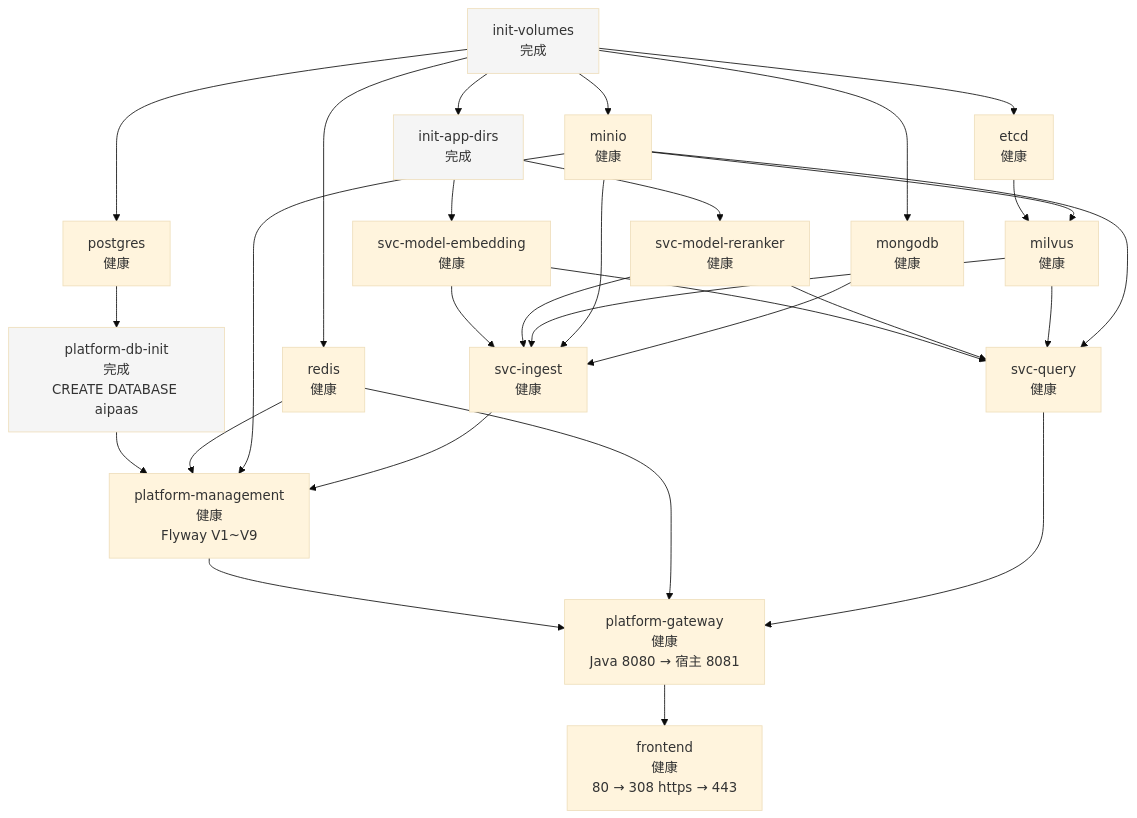
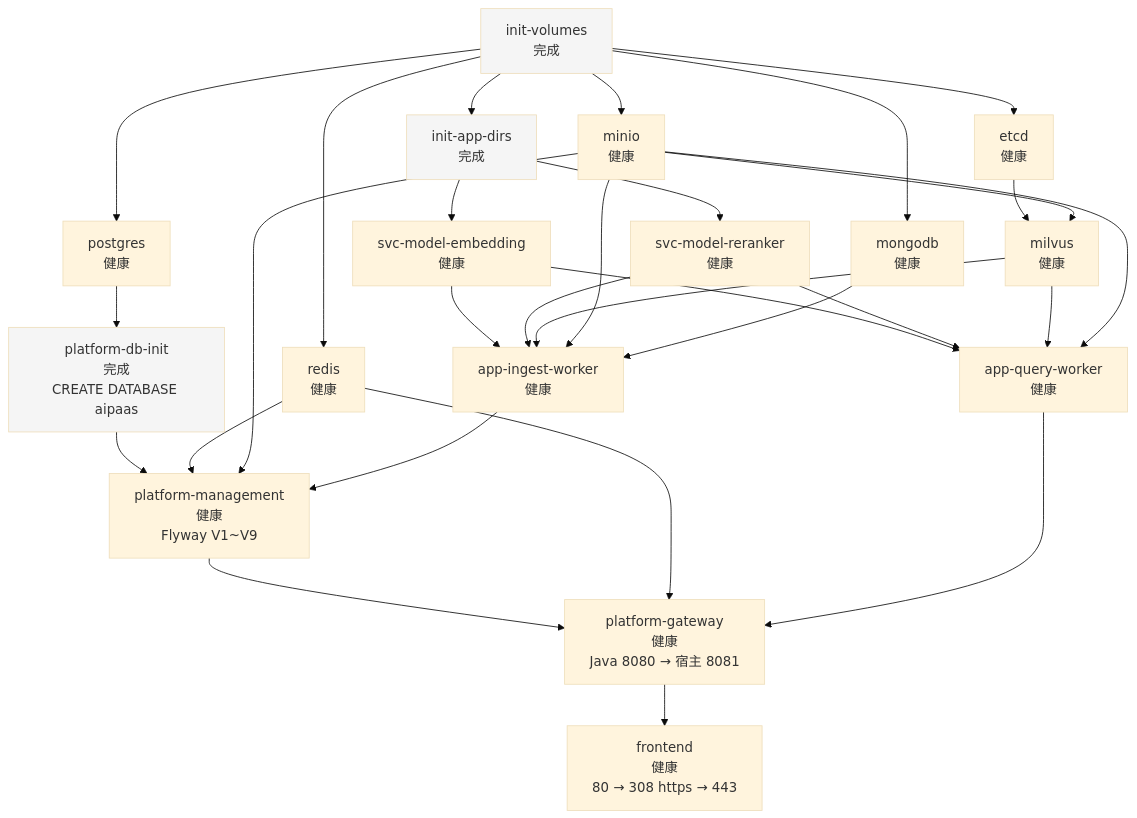
Before and after one commit to aiworld0927/aipaas: the first of 2 diagrams in docs/02_架构设计/04_部署架构.md, drawn with Mermaid (base theme). The commit also changed other lines of this file and 168 other files, not shown here.

Commit message:
ingest-worker  query-worker 重命名 app-ingest-worker、app-query-worker

````diff
--- a/docs/02_架构设计/04_部署架构.md
+++ b/docs/02_架构设计/04_部署架构.md
@@ -108,29 +108,29 @@
 ```mermaid
 flowchart TD
     A[init-volumes<br/>完成] --> B[etcd<br/>健康]
     A --> C[minio<br/>健康]
     A --> D[postgres<br/>健康]
     A --> E[redis<br/>健康]
     A --> F[mongodb<br/>健康]
 
     B & C --> G[milvus<br/>健康]
 
     A --> H[init-app-dirs<br/>完成]
     H --> I[svc-model-embedding<br/>健康]
     H --> J[svc-model-reranker<br/>健康]
 
-    I & J & G & C & F --> K[svc-ingest<br/>健康]
-    I & J & G & C --> L[svc-query<br/>健康]
+    I & J & G & C & F --> K[app-ingest-worker<br/>健康]
+    I & J & G & C --> L[app-query-worker<br/>健康]
 
     D --> N[platform-db-init<br/>完成<br/>CREATE DATABASE aipaas]
 
     N & E & C & K --> O[platform-management<br/>健康<br/>Flyway V1~V9]
 
     O & E & L --> P[platform-gateway<br/>健康<br/>Java 8080 → 宿主 8081]
 
     P --> Q[frontend<br/>健康<br/>80 → 308 https → 443]
 
     style A fill:#f5f5f5
     style H fill:#f5f5f5
     style N fill:#f5f5f5
 ```
````
